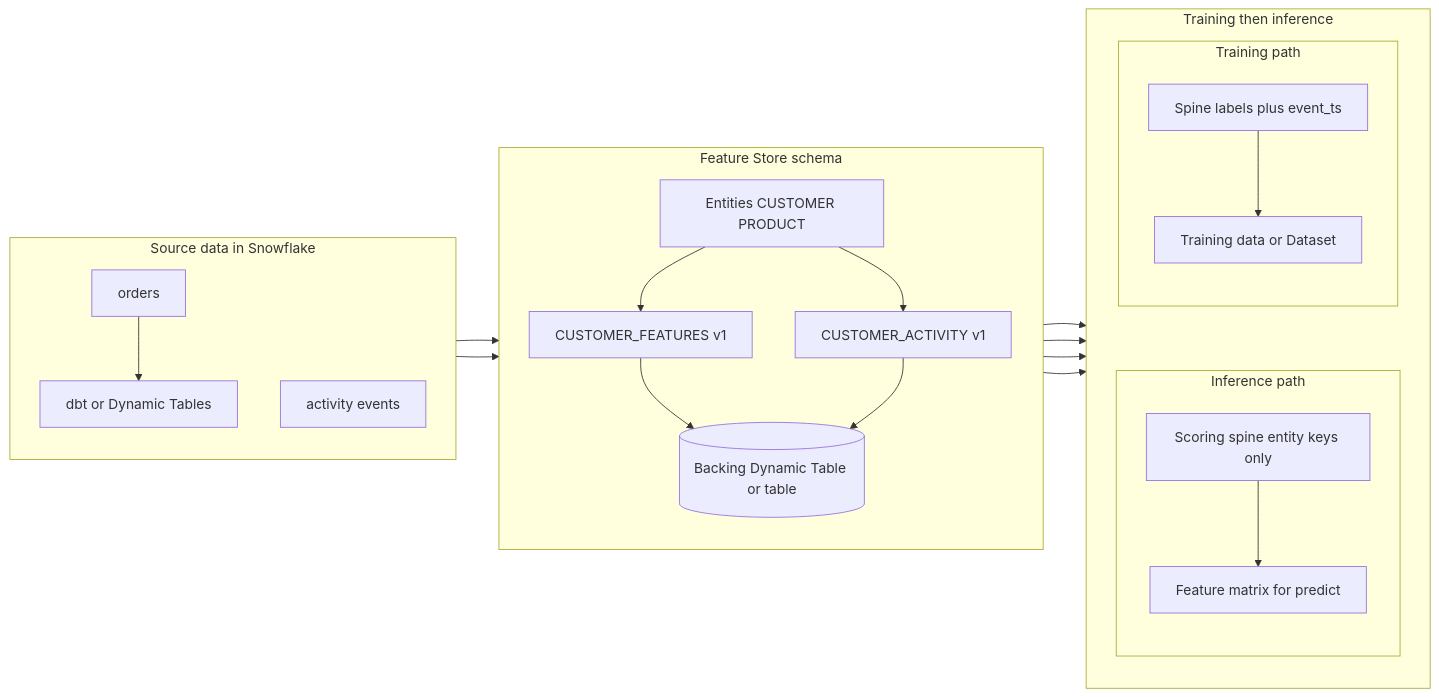
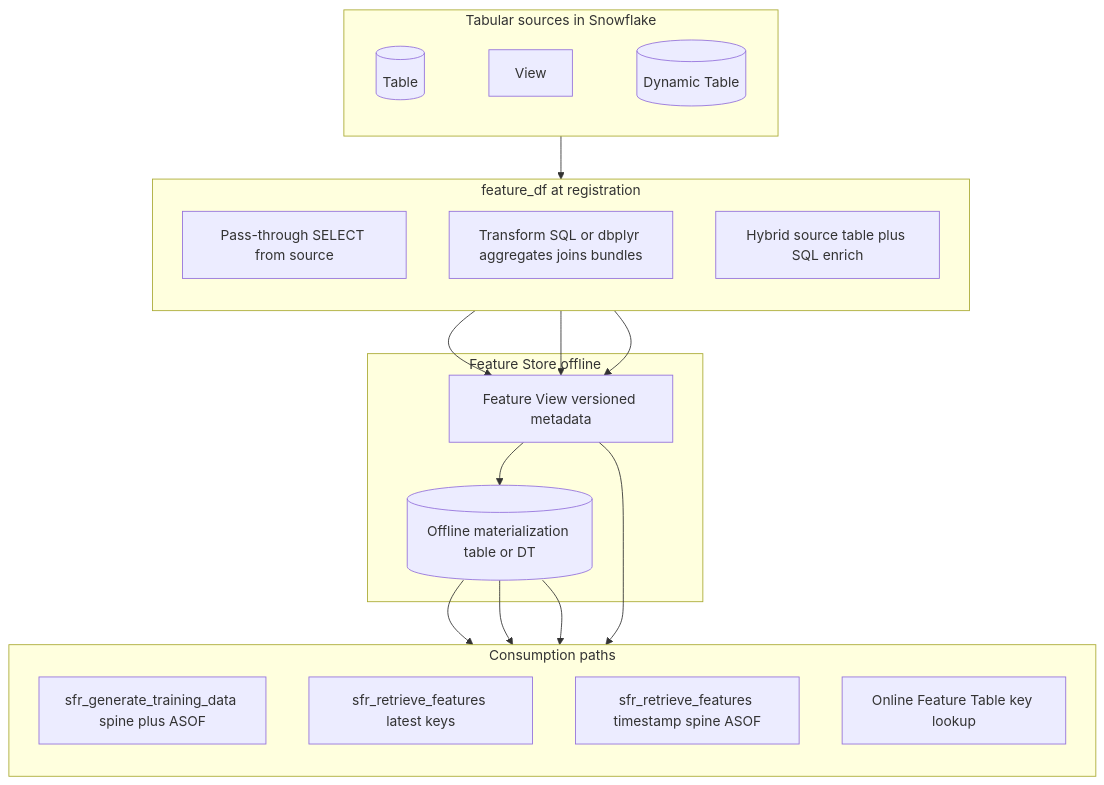
The first of 2 diagrams in guide/Hitchhikers_Guide_to_R_in_Snowflake/17_feature_store/index.qmd (Snowflake-Labs/snowflakeR), drawn with Mermaid before and after one commit. The commit also changed other lines of this file and 2 other files, not shown here.

````diff
--- a/guide/Hitchhikers_Guide_to_R_in_Snowflake/17_feature_store/index.qmd
+++ b/guide/Hitchhikers_Guide_to_R_in_Snowflake/17_feature_store/index.qmd
@@ -61,46 +74,40 @@
 ```{mermaid}
-flowchart LR
-  subgraph sources [Source data in Snowflake]
-    direction TB
-    ORD[orders]
-    DBT[dbt or Dynamic Tables]
-    ACT[activity events]
-    ORD --> DBT
+flowchart TB
+  subgraph sources [Tabular sources in Snowflake]
+    direction LR
+    TBL[(Table)]
+    VW[View]
+    DTs[(Dynamic Table)]
+    TBL ~~~ VW ~~~ DTs
   end
 
-  subgraph fs [Feature Store schema]
+  subgraph define [feature_df at registration]
     direction TB
-    ENT[Entities CUSTOMER PRODUCT]
-    FV1[CUSTOMER_FEATURES v1]
-    FV2[CUSTOMER_ACTIVITY v1]
-    DT[(Backing Dynamic Table or table)]
-    ENT --> FV1
-    ENT --> FV2
-    FV1 --> DT
-    FV2 --> DT
+    PASS[Pass-through SELECT from source]
+    XFORM[Transform SQL or dbplyr aggregates joins bundles]
+    HYBRID[Hybrid source table plus SQL enrich]
   end
 
-  subgraph paths [Training then inference]
-    direction TB
-    subgraph train [Training path]
-      direction TB
-      SPINE[Spine labels plus event_ts]
-      TD[Training data or Dataset]
-      SPINE --> TD
-    end
-    subgraph infer [Inference path]
-      direction TB
-      SCORE[Scoring spine entity keys only]
-      FEAT[Feature matrix for predict]
-      SCORE --> FEAT
-    end
-    TD ~~~ SCORE
+  subgraph store [Feature Store offline]
+    FV[Feature View versioned metadata]
+    OFF[(Offline materialization table or DT)]
+    FV --> OFF
   end
 
-  DBT --> FV1
-  ACT --> FV2
-  FV1 --> TD
-  FV2 --> TD
-  FV1 --> FEAT
-  FV2 --> FEAT
+  subgraph consume [Consumption paths]
+    direction TB
+    TRAIN[sfr_generate_training_data spine plus ASOF]
+    INFER_L[sfr_retrieve_features latest keys]
+    INFER_T[sfr_retrieve_features timestamp spine ASOF]
+    ONLN[Online Feature Table key lookup]
+  end
+
+  sources --> define
+  PASS --> FV
+  XFORM --> FV
+  HYBRID --> FV
+  OFF --> TRAIN
+  OFF --> INFER_L
+  OFF --> INFER_T
+  FV --> ONLN
 ```
````
